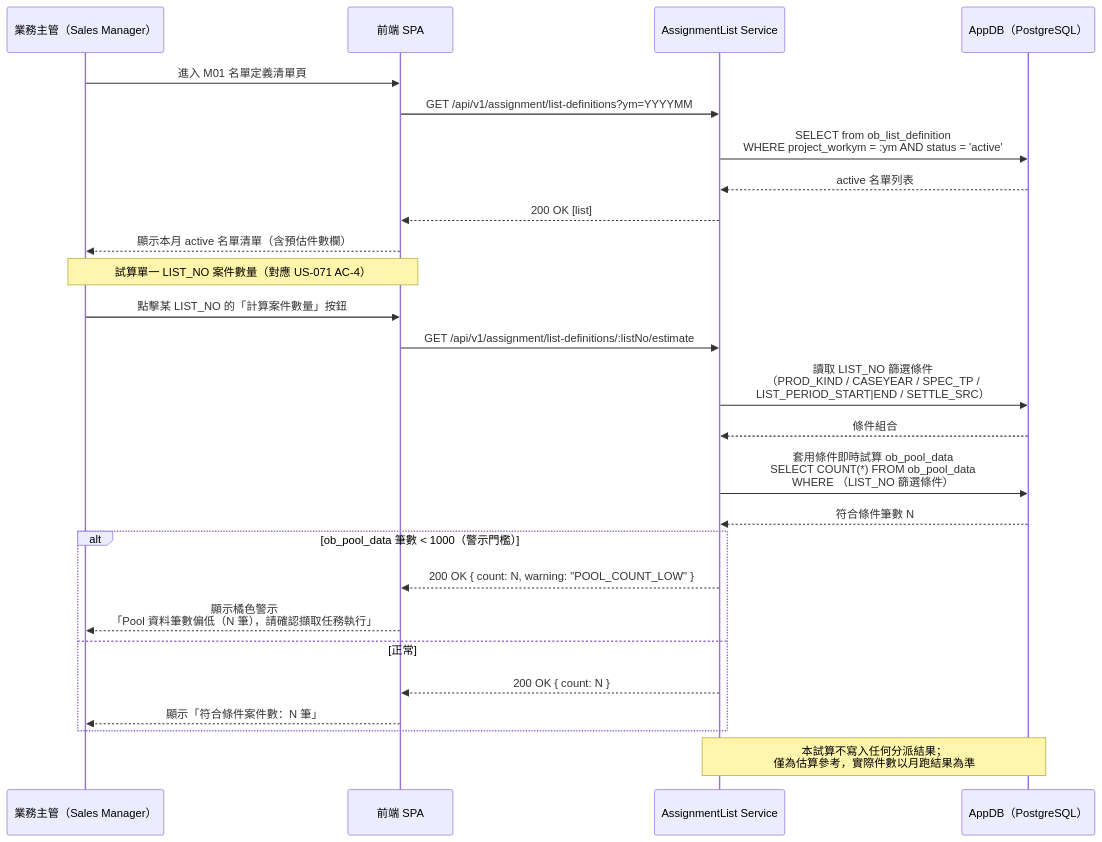
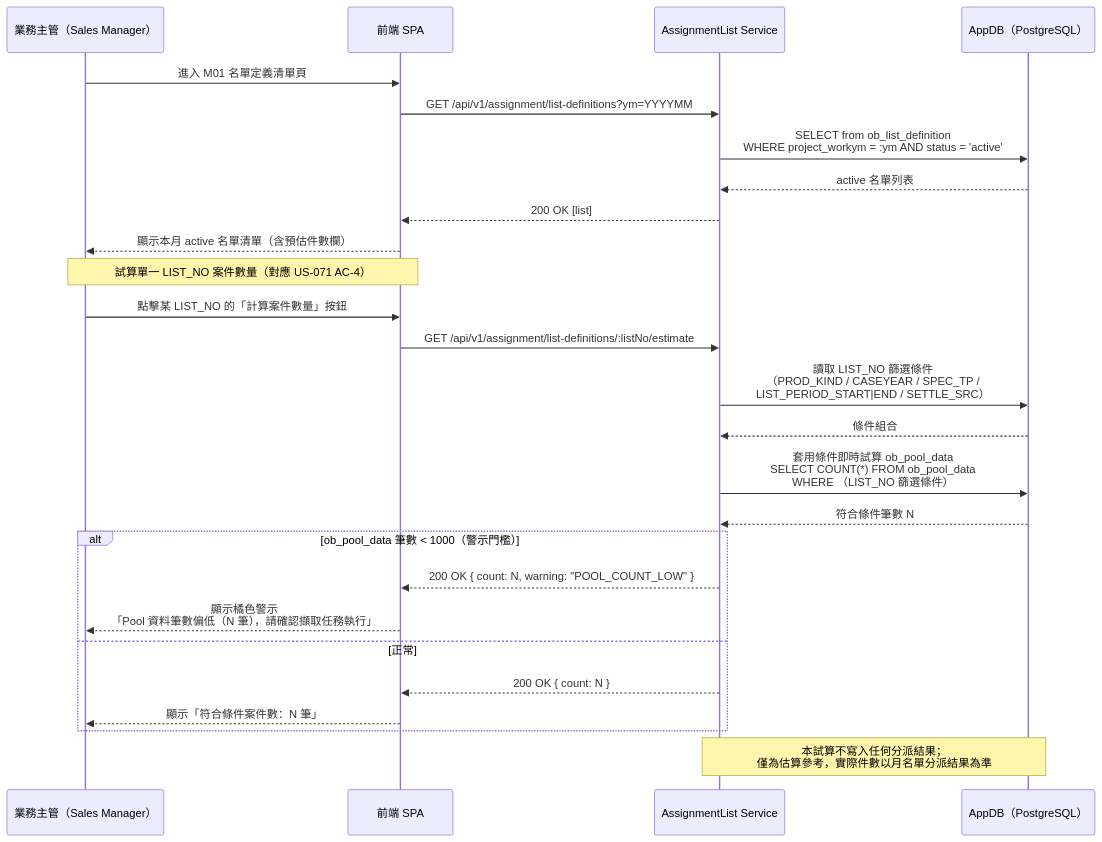
One commit to wisewhalesoft/cdmp-mvp changed the diagram in docs/specs/diagrams/F049-stage0-estimate-flow.mmd. Above: the diagram before and after it, drawn with Mermaid. The commit also changed 283 other files, not shown here.

```diff
--- a/docs/specs/diagrams/F049-stage0-estimate-flow.mmd
+++ b/docs/specs/diagrams/F049-stage0-estimate-flow.mmd
@@ -1,34 +1,34 @@
 %% F049 — Stage 0 每日分派數量估算流程
 %% 說明：業務主管在名單定義清單中點擊「計算案件數量」按鈕，系統即時試算符合條件的案件數量（不寫入任何分派結果）
 sequenceDiagram
     participant SM as 業務主管（Sales Manager）
     participant UI as 前端 SPA
     participant API as AssignmentList Service
     participant DB as AppDB（PostgreSQL）
 
     SM->>UI: 進入 M01 名單定義清單頁
     UI->>API: GET /api/v1/assignment/list-definitions?ym=YYYYMM
     API->>DB: SELECT from ob_list_definition<br/>WHERE project_workym = :ym AND status = 'active'
     DB-->>API: active 名單列表
     API-->>UI: 200 OK [list]
     UI-->>SM: 顯示本月 active 名單清單（含預估件數欄）
 
     Note over SM,UI: 試算單一 LIST_NO 案件數量（對應 US-071 AC-4）
     SM->>UI: 點擊某 LIST_NO 的「計算案件數量」按鈕
     UI->>API: GET /api/v1/assignment/list-definitions/:listNo/estimate
 
     API->>DB: 讀取 LIST_NO 篩選條件<br/>（PROD_KIND / CASEYEAR / SPEC_TP /<br/>LIST_PERIOD_START|END / SETTLE_SRC）
     DB-->>API: 條件組合
 
     API->>DB: 套用條件即時試算 ob_pool_data<br/>SELECT COUNT(*) FROM ob_pool_data<br/>WHERE （LIST_NO 篩選條件）
     DB-->>API: 符合條件筆數 N
 
     alt ob_pool_data 筆數 < 1000（警示門檻）
         API-->>UI: 200 OK { count: N, warning: "POOL_COUNT_LOW" }
         UI-->>SM: 顯示橘色警示<br/>「Pool 資料筆數偏低（N 筆），請確認擷取任務執行」
     else 正常
         API-->>UI: 200 OK { count: N }
         UI-->>SM: 顯示「符合條件案件數：N 筆」
     end
 
-    Note over API,DB: 本試算不寫入任何分派結果；<br/>僅為估算參考，實際件數以月跑結果為準
+    Note over API,DB: 本試算不寫入任何分派結果；<br/>僅為估算參考，實際件數以月名單分派結果為準
```
